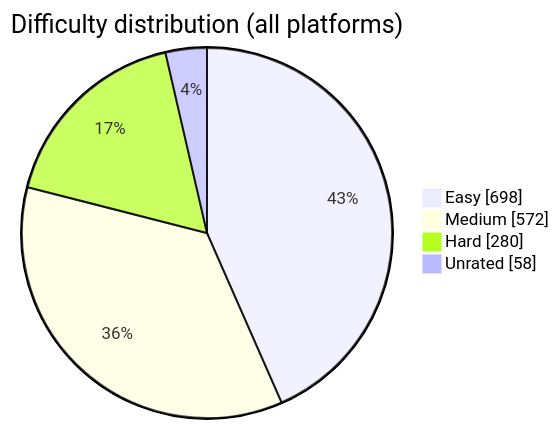
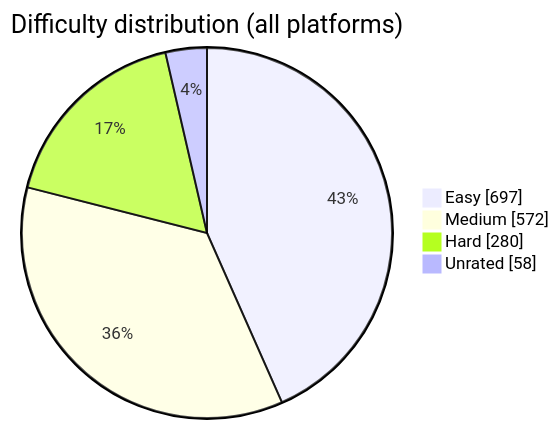
Before and after one commit to BuildbyArindam/Daily-Coding-Log: the diagram in README.md, drawn with Mermaid. The commit also changed other lines of this file, not shown here.

````diff
--- a/README.md
+++ b/README.md
@@ -93,7 +93,7 @@
 ```mermaid
 pie showData title Difficulty distribution (all platforms)
-    "Easy" : 698
+    "Easy" : 697
     "Medium" : 572
     "Hard" : 280
     "Unrated" : 58
 ```
````
